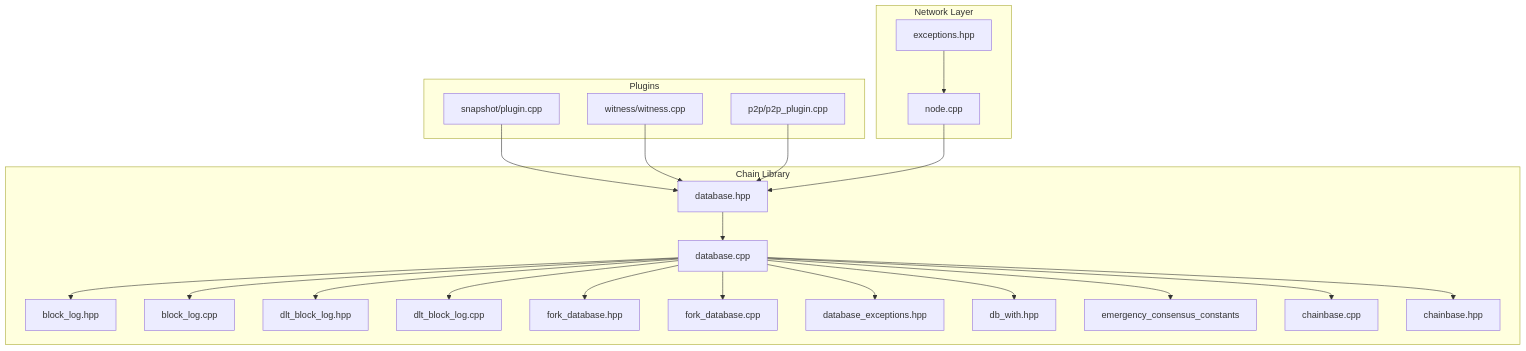
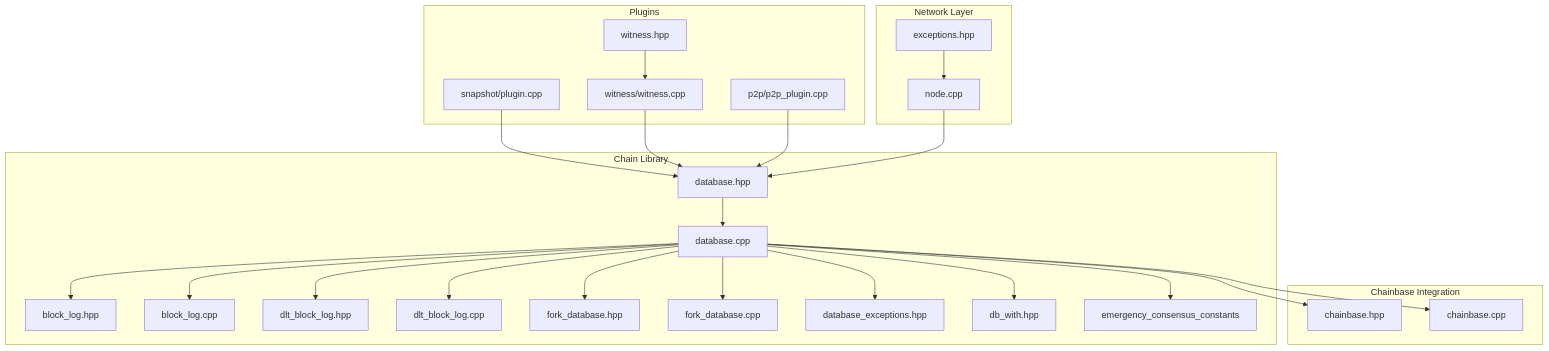
The first of 30 diagrams in .qoder/repowiki/en/content/Architecture Overview/Core Libraries/Chain Library/Database Management/Database Management.md (VIZ-Blockchain/viz-cpp-node), drawn with Mermaid before and after one commit. The commit also changed other lines of this file and 3 other files, not shown here.

````diff
--- a/.qoder/repowiki/en/content/Architecture Overview/Core Libraries/Chain Library/Database Management/Database Management.md
+++ b/.qoder/repowiki/en/content/Architecture Overview/Core Libraries/Chain Library/Database Management/Database Management.md
@@ -66,44 +67,48 @@
 ```mermaid
 graph TB
 subgraph "Chain Library"
 DBH["database.hpp"]
 DBCPP["database.cpp"]
 BLH["block_log.hpp"]
 BLCPP["block_log.cpp"]
 DLTH["dlt_block_log.hpp"]
 DLTCPP["dlt_block_log.cpp"]
 FDH["fork_database.hpp"]
 FDCPP["fork_database.cpp"]
 DEH["database_exceptions.hpp"]
 DBWH["db_with.hpp"]
 ENDH["emergency_consensus_constants"]
-CB["chainbase.cpp"]
+end
+subgraph "Chainbase Integration"
 CBH["chainbase.hpp"]
+CBCPP["chainbase.cpp"]
 end
 subgraph "Plugins"
 SNAPH["snapshot/plugin.cpp"]
 WITNESS["witness/witness.cpp"]
+WITNESSH["witness.hpp"]
 P2PH["p2p/p2p_plugin.cpp"]
 end
 subgraph "Network Layer"
 NODE["node.cpp"]
 EXC["exceptions.hpp"]
 end
 DBH --> DBCPP
 DBCPP --> BLH
 DBCPP --> BLCPP
 DBCPP --> DLTH
 DBCPP --> DLTCPP
 DBCPP --> FDH
 DBCPP --> FDCPP
 DBCPP --> DEH
 DBCPP --> DBWH
 DBCPP --> ENDH
-DBCPP --> CB
 DBCPP --> CBH
+DBCPP --> CBCPP
 SNAPH --> DBH
 WITNESS --> DBH
+WITNESSH --> WITNESS
 P2PH --> DBH
 NODE --> DBH
 EXC --> NODE
 ```
````
